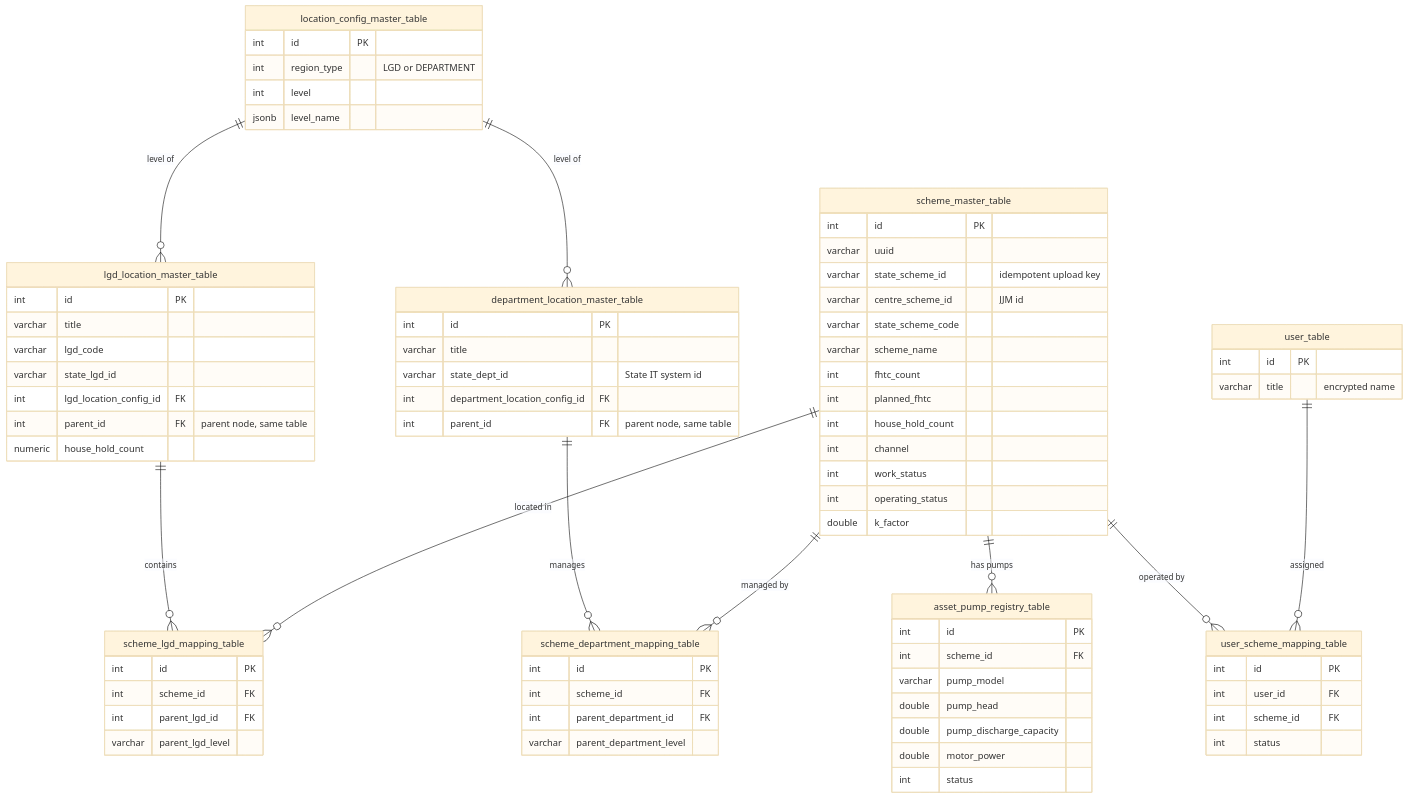
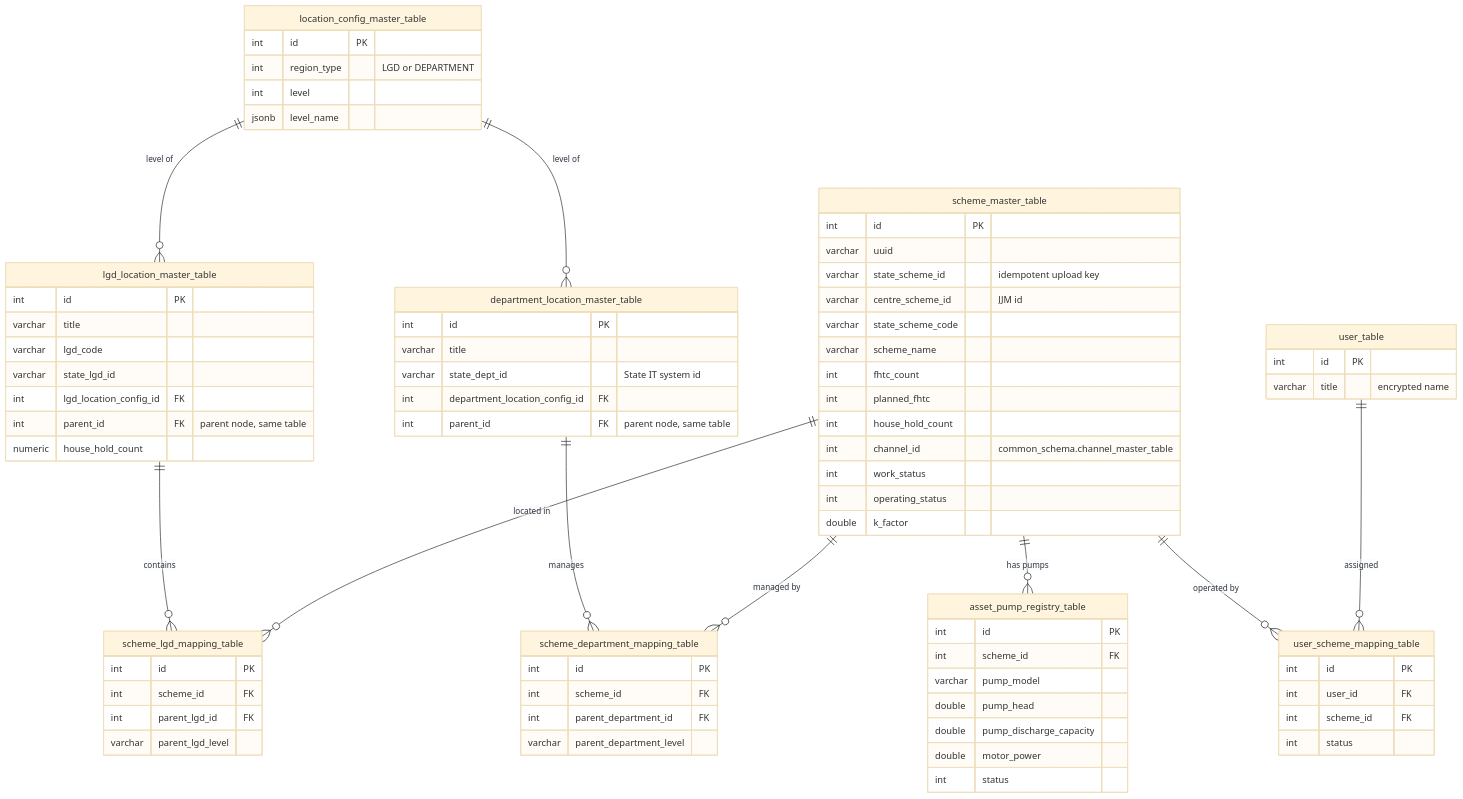
Before and after one commit to arghyam/JalSoochak: the third of 8 diagrams in gitbook/database-er-diagram.md, drawn with Mermaid (base theme). The commit also changed other lines of this file and 3 other files, not shown here.

````diff
--- a/gitbook/database-er-diagram.md
+++ b/gitbook/database-er-diagram.md
@@ -124,81 +124,81 @@
 ```mermaid
 erDiagram
     location_config_master_table {
         int id PK
         int region_type "LGD or DEPARTMENT"
         int level
         jsonb level_name
     }
     lgd_location_master_table {
         int id PK
         varchar title
         varchar lgd_code
         varchar state_lgd_id
         int lgd_location_config_id FK
         int parent_id FK "parent node, same table"
         numeric house_hold_count
     }
     department_location_master_table {
         int id PK
         varchar title
         varchar state_dept_id "State IT system id"
         int department_location_config_id FK
         int parent_id FK "parent node, same table"
     }
     scheme_master_table {
         int id PK
         varchar uuid
         varchar state_scheme_id "idempotent upload key"
         varchar centre_scheme_id "JJM id"
         varchar state_scheme_code
         varchar scheme_name
         int fhtc_count
         int planned_fhtc
         int house_hold_count
-        int channel
+        int channel_id "common_schema.channel_master_table"
         int work_status
         int operating_status
         double k_factor
     }
     scheme_lgd_mapping_table {
         int id PK
         int scheme_id FK
         int parent_lgd_id FK
         varchar parent_lgd_level
     }
     scheme_department_mapping_table {
         int id PK
         int scheme_id FK
         int parent_department_id FK
         varchar parent_department_level
     }
     user_scheme_mapping_table {
         int id PK
         int user_id FK
         int scheme_id FK
         int status
     }
     user_table {
         int id PK
         varchar title "encrypted name"
     }
     asset_pump_registry_table {
         int id PK
         int scheme_id FK
         varchar pump_model
         double pump_head
         double pump_discharge_capacity
         double motor_power
         int status
     }
 
     location_config_master_table ||--o{ lgd_location_master_table : "level of"
     location_config_master_table ||--o{ department_location_master_table : "level of"
     lgd_location_master_table ||--o{ scheme_lgd_mapping_table : "contains"
     scheme_master_table ||--o{ scheme_lgd_mapping_table : "located in"
     department_location_master_table ||--o{ scheme_department_mapping_table : "manages"
     scheme_master_table ||--o{ scheme_department_mapping_table : "managed by"
     scheme_master_table ||--o{ asset_pump_registry_table : "has pumps"
     scheme_master_table ||--o{ user_scheme_mapping_table : "operated by"
     user_table ||--o{ user_scheme_mapping_table : "assigned"
 ```
````
